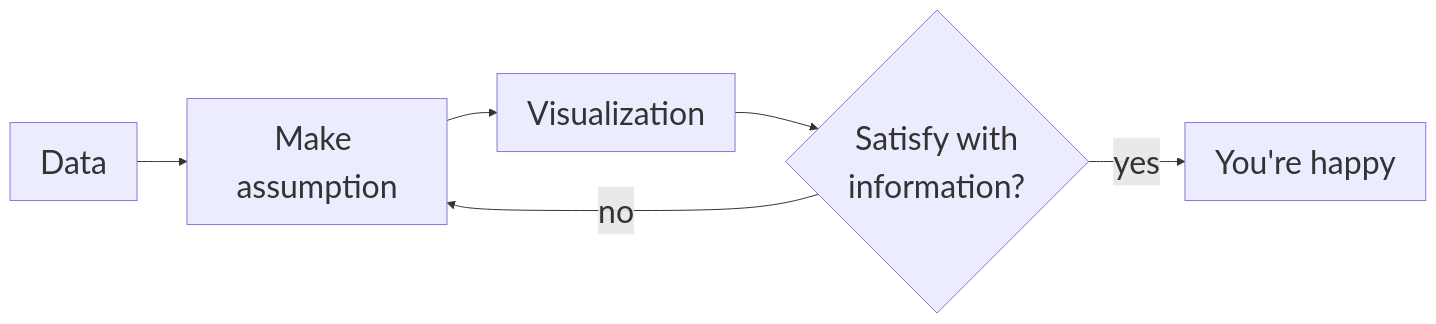
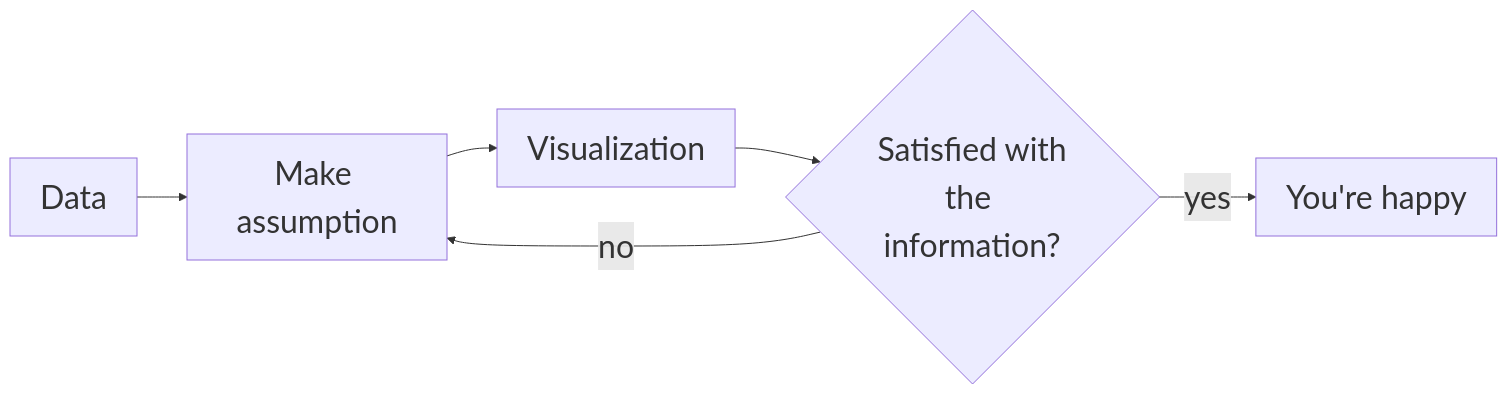
One commit to Th1nkK1D/cmu-digital-humanity-datavis changed the second of 3 diagrams in slides.md. Above: the diagram before and after it, drawn with Mermaid. The commit also changed other lines of this file and 3 other files, not shown here.

````diff
--- a/slides.md
+++ b/slides.md
@@ -177,9 +177,9 @@
 ```mermaid
 %%{init: {'themeVariables': {'fontSize': '32px'}}}%%
 flowchart LR
   Data --> Assume[Make assumption]
   Assume --> Vis[Visualization]
-  Vis --> Ask{Satisfy with<br/>information?}
+  Vis --> Ask{Satisfied with<br/>the information?}
   Ask -->|yes| Done[You're happy]
   Ask -->|no| Assume
 ```
````
